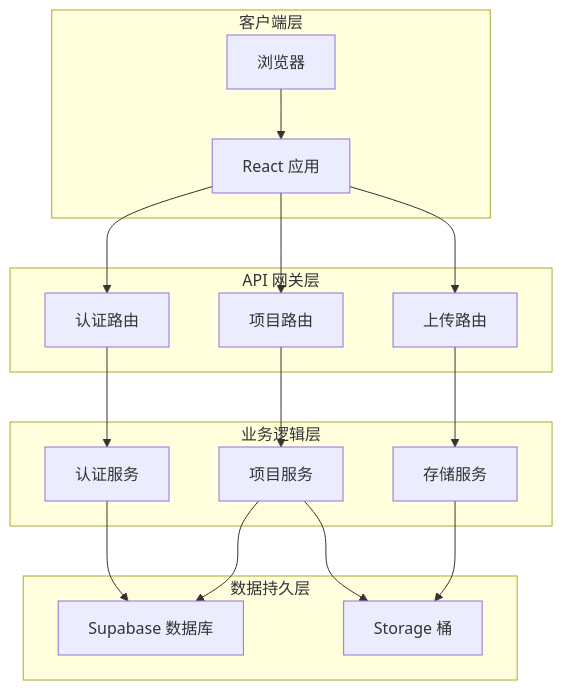
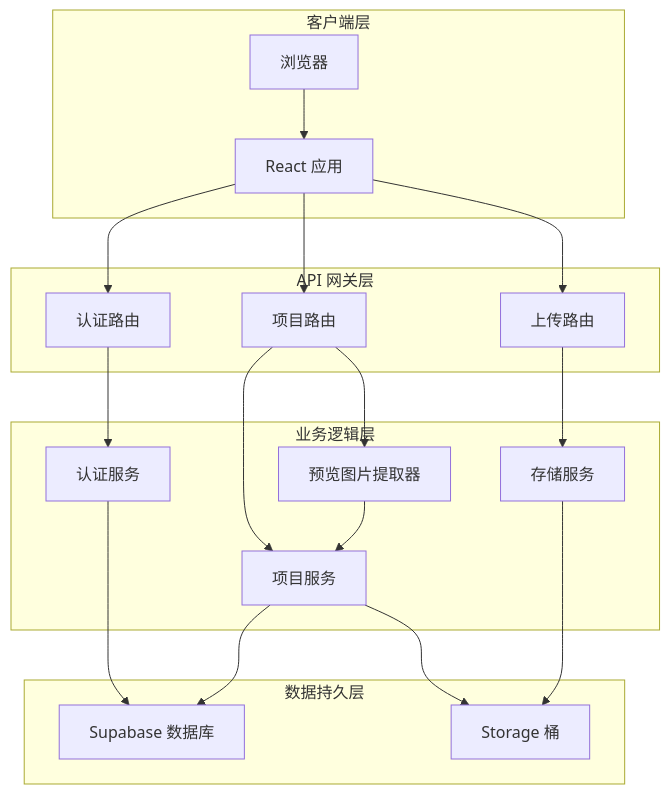
Before and after one commit to billye220670/BananaFlow2: the third of 10 diagrams in .qoder/repowiki/zh/content/Database Schema Updates.md, drawn with Mermaid. The commit also changed other lines of this file and 17 other files, not shown here.

First line of the commit message:
refactor: shimmer单元素架构重构，统一图片URL为Supabase单一来源

````diff
--- a/.qoder/repowiki/zh/content/Database Schema Updates.md
+++ b/.qoder/repowiki/zh/content/Database Schema Updates.md
@@ -136,32 +150,35 @@
 ```mermaid
 graph TD
 subgraph "客户端层"
 Browser[浏览器]
 React[React 应用]
 end
 subgraph "API 网关层"
 AuthRoutes[认证路由]
 ProjectRoutes[项目路由]
 UploadRoutes[上传路由]
 end
 subgraph "业务逻辑层"
 AuthService[认证服务]
 ProjectService[项目服务]
 StorageService[存储服务]
+PreviewExtractor[预览图片提取器]
 end
 subgraph "数据持久层"
 SupabaseDB[Supabase 数据库]
 StorageBucket[Storage 桶]
 end
 Browser --> React
 React --> AuthRoutes
 React --> ProjectRoutes
 React --> UploadRoutes
 AuthRoutes --> AuthService
 ProjectRoutes --> ProjectService
+ProjectRoutes --> PreviewExtractor
 UploadRoutes --> StorageService
 AuthService --> SupabaseDB
 ProjectService --> SupabaseDB
 ProjectService --> StorageBucket
+PreviewExtractor --> ProjectService
 StorageService --> StorageBucket
 ```
````
